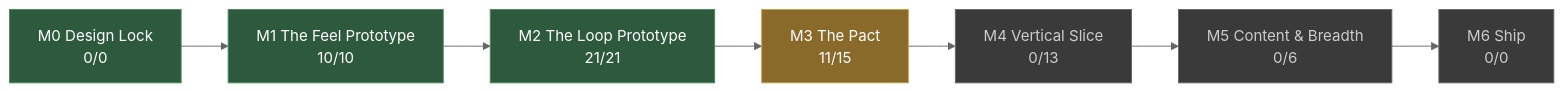
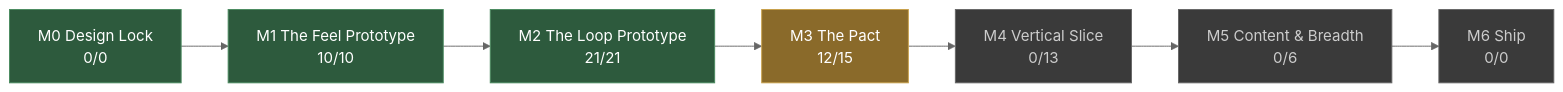
Before and after one commit to JoshuaGessner/she: the diagram in docs/STATUS.md, drawn with Mermaid (neutral theme). The commit also changed other lines of this file and 17 other files, not shown here.

````diff
--- a/docs/STATUS.md
+++ b/docs/STATUS.md
@@ -13,19 +13,19 @@
 ```mermaid
 flowchart LR
   M0["M0 Design Lock<br/>0/0"]:::passed
   M1["M1 The Feel Prototype<br/>10/10"]:::passed
   M0 --> M1
   M2["M2 The Loop Prototype<br/>21/21"]:::passed
   M1 --> M2
-  M3["M3 The Pact<br/>11/15"]:::current
+  M3["M3 The Pact<br/>12/15"]:::current
   M2 --> M3
   M4["M4 Vertical Slice<br/>0/13"]:::ahead
   M3 --> M4
   M5["M5 Content & Breadth<br/>0/6"]:::ahead
   M4 --> M5
   M6["M6 Ship<br/>0/0"]:::ahead
   M5 --> M6
   classDef passed fill:#2d5a3d,stroke:#4a8a5f,color:#fff
   classDef current fill:#8a6a2a,stroke:#c8a04a,color:#fff
   classDef ahead fill:#3a3a3a,stroke:#666,color:#ccc
 ```
````
